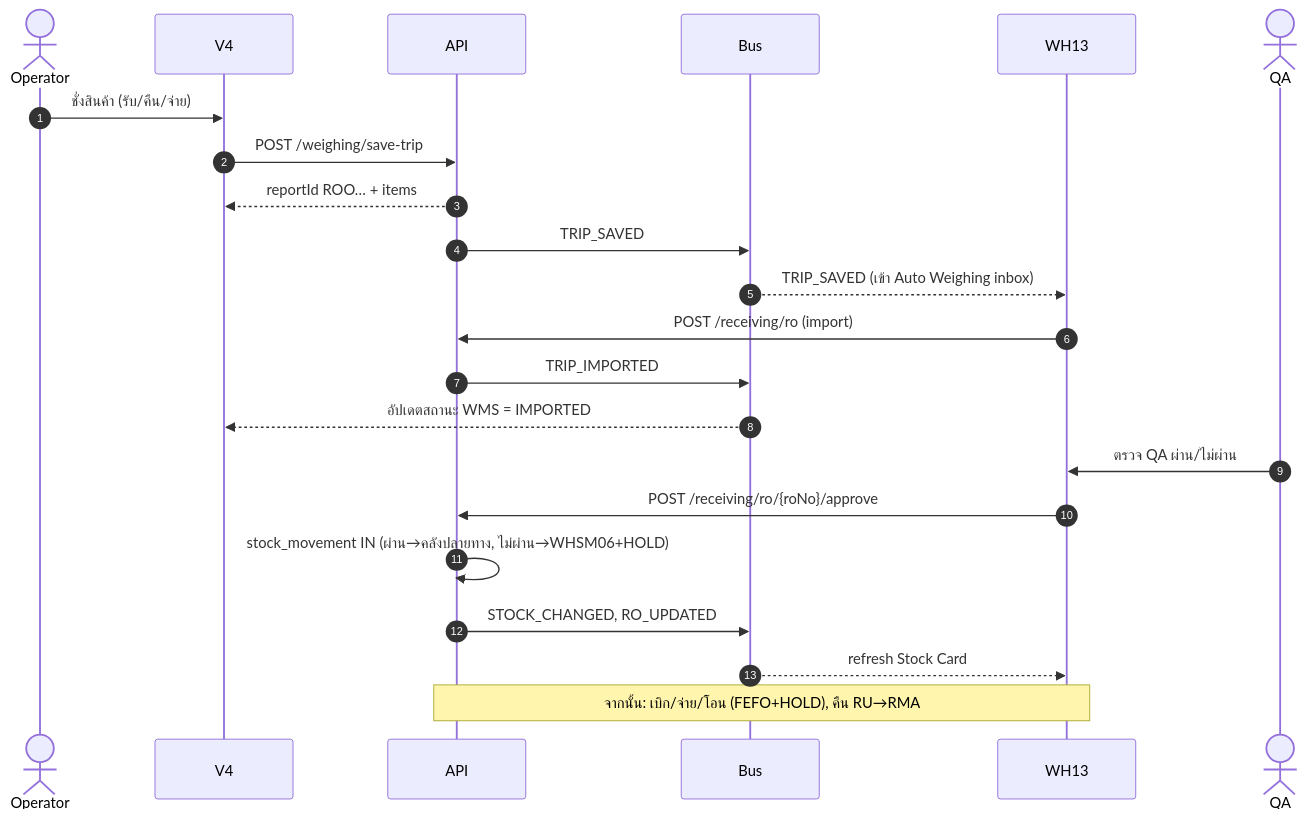
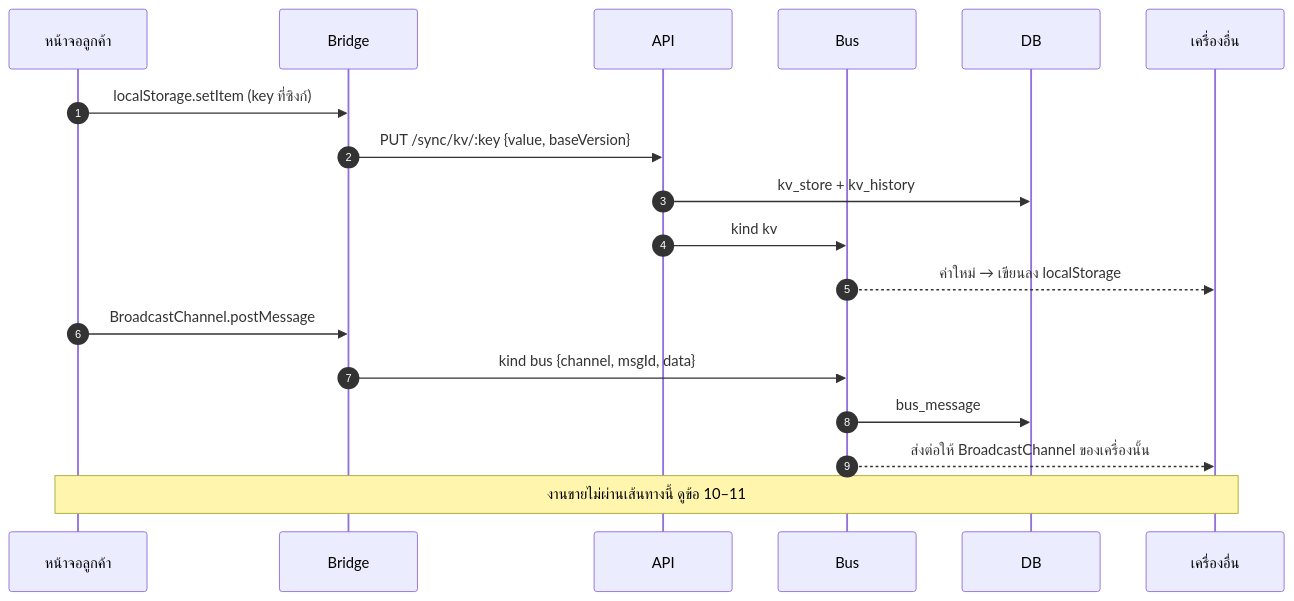
Before and after one commit to Aum2010/WHSM-1791103979: the first of 14 diagrams in docs/01-sequence-diagrams.md, drawn with Mermaid. The commit also changed other lines of this file and 3 other files, not shown here.

Commit message:
Docs: update sequence diagrams to current system; record customer decisions

````diff
--- a/docs/01-sequence-diagrams.md
+++ b/docs/01-sequence-diagrams.md
@@ -39,25 +50,21 @@
 ```mermaid
 sequenceDiagram
     autonumber
-    actor Operator
-    participant V4
+    participant Page as หน้าจอลูกค้า
+    participant Bridge
     participant API
     participant Bus
-    participant WH13
-    actor QA
+    participant DB
+    participant Other as เครื่องอื่น
 
-    Operator->>V4: ชั่งสินค้า (รับ/คืน/จ่าย)
-    V4->>API: POST /weighing/save-trip
-    API-->>V4: reportId ROO… + items
-    API->>Bus: TRIP_SAVED
-    Bus-->>WH13: TRIP_SAVED (เข้า Auto Weighing inbox)
-    WH13->>API: POST /receiving/ro (import)
-    API->>Bus: TRIP_IMPORTED
-    Bus-->>V4: อัปเดตสถานะ WMS = IMPORTED
-    QA->>WH13: ตรวจ QA ผ่าน/ไม่ผ่าน
-    WH13->>API: POST /receiving/ro/{roNo}/approve
-    API->>API: stock_movement IN (ผ่าน→คลังปลายทาง, ไม่ผ่าน→WHSM06+HOLD)
-    API->>Bus: STOCK_CHANGED, RO_UPDATED
-    Bus-->>WH13: refresh Stock Card
-    Note over WH13,API: จากนั้น: เบิก/จ่าย/โอน (FEFO+HOLD), คืน RU→RMA
+    Page->>Bridge: localStorage.setItem (key ที่ซิงก์)
+    Bridge->>API: PUT /sync/kv/:key {value, baseVersion}
+    API->>DB: kv_store + kv_history
+    API->>Bus: kind kv
+    Bus-->>Other: ค่าใหม่ → เขียนลง localStorage
+    Page->>Bridge: BroadcastChannel.postMessage
+    Bridge->>Bus: kind bus {channel, msgId, data}
+    Bus->>DB: bus_message
+    Bus-->>Other: ส่งต่อให้ BroadcastChannel ของเครื่องนั้น
+    Note over Page,Other: งานขายไม่ผ่านเส้นทางนี้ ดูข้อ 10–11
 ```
````
